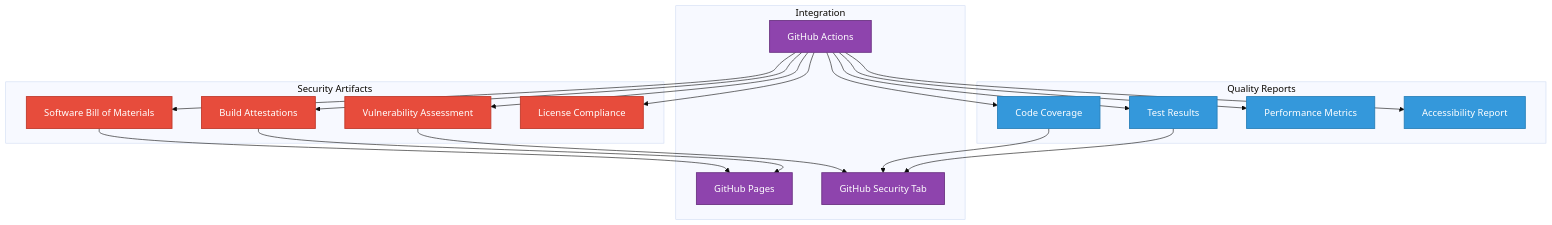
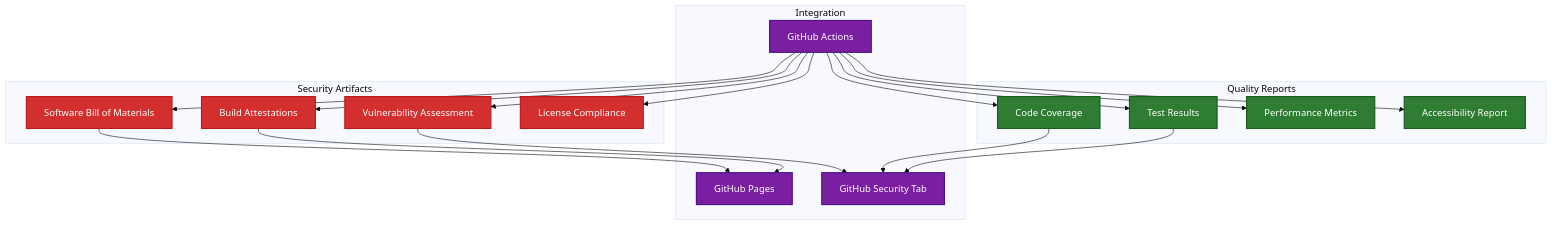
Before and after one commit to step-security-bot/cia-compliance-manager: the fourth of 13 diagrams in docs/architecture/WORKFLOWS.md, drawn with Mermaid (base theme). The commit also changed other lines of this file and 27 other files, not shown here.

First line of the commit message:
fix: resolve broken mermaid diagrams and improve color coding to match ISMS style guide (#1106)

````diff
--- a/docs/architecture/WORKFLOWS.md
+++ b/docs/architecture/WORKFLOWS.md
@@ -413,34 +413,34 @@
 ```mermaid
 flowchart TD
     subgraph "Security Artifacts"
         SBOM[Software Bill of Materials]
         ATT[Build Attestations]
         VAR[Vulnerability Assessment]
         LIC[License Compliance]
     end
     
     subgraph "Quality Reports"
         COV[Code Coverage]
         TST[Test Results]
         PERF[Performance Metrics]
         ACC[Accessibility Report]
     end
     
     subgraph "Integration"
         GHA[GitHub Actions]
         GHP[GitHub Pages]
         GHS[GitHub Security Tab]
     end
     
     GHA --> SBOM & ATT & VAR & LIC & COV & TST & PERF & ACC
     SBOM & ATT --> GHP
     VAR & COV & TST --> GHS
     
-    classDef security fill:#e74c3c,stroke:#c0392b,stroke-width:1.5px,color:white
-    classDef quality fill:#3498db,stroke:#2980b9,stroke-width:1.5px,color:white
-    classDef integration fill:#8e44ad,stroke:#6c3483,stroke-width:1.5px,color:white
+    classDef security fill:#D32F2F,stroke:#B71C1C,stroke-width:2px,color:#ffffff
+    classDef quality fill:#2E7D32,stroke:#1B5E20,stroke-width:2px,color:#ffffff
+    classDef integration fill:#7B1FA2,stroke:#4A148C,stroke-width:2px,color:#ffffff
     
     class SBOM,ATT,VAR,LIC security
     class COV,TST,PERF,ACC quality
     class GHA,GHP,GHS integration
 ```
````
